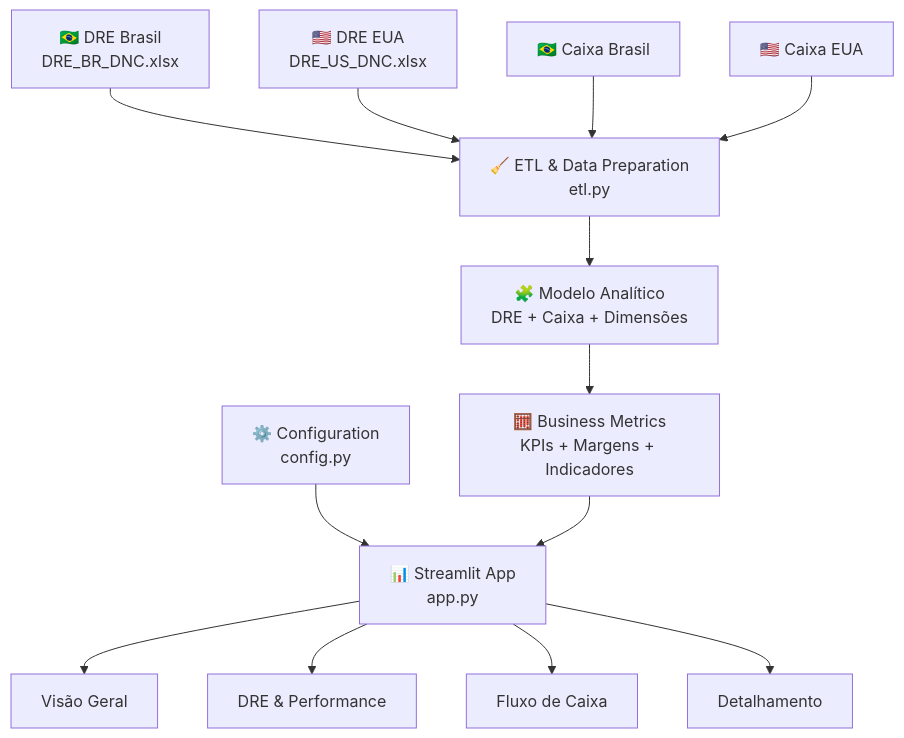
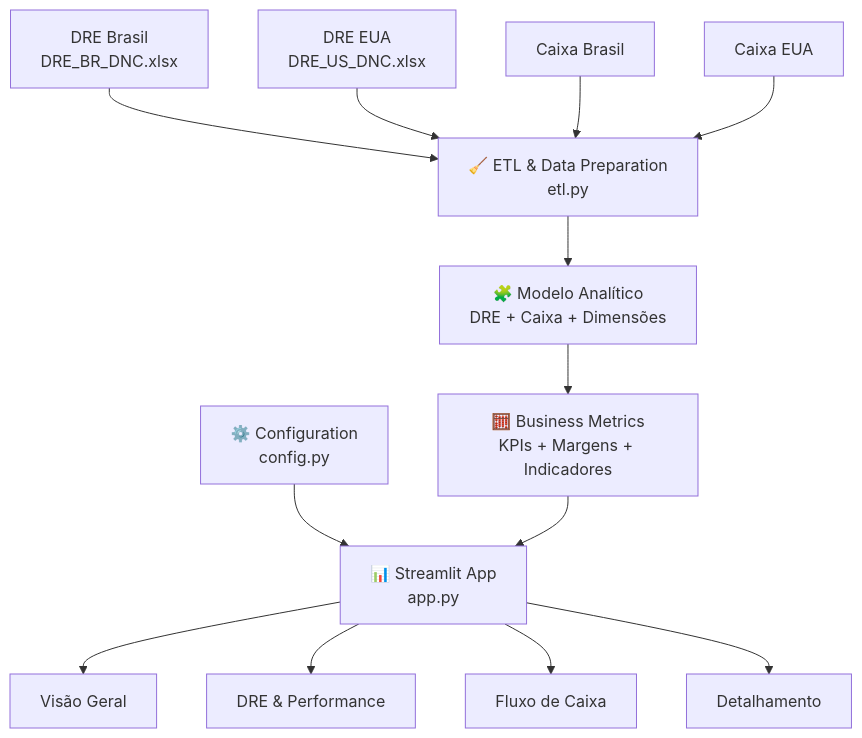
One commit to AdrianoJesusDeveloper/Dashboard_de_DRE_SG-Global_Group_DNC changed the diagram in README.md. Above: the diagram before and after it, drawn with Mermaid. The commit also changed other lines of this file, not shown here.

Commit message:
docs: padroniza nomenclatura oficial para Brasil e EUA

````diff
--- a/README.md
+++ b/README.md
@@ -127,27 +129,27 @@
 ```mermaid
 flowchart TB
-    BR["🇧🇷 DRE Brasil\nDRE_BR_DNC.xlsx"]
-    US["🇺🇸 DRE EUA\nDRE_US_DNC.xlsx"]
-    CBR["🇧🇷 Caixa Brasil"]
-    CUS["🇺🇸 Caixa EUA"]
+    BR["DRE Brasil\nDRE_BR_DNC.xlsx"]
+    US["DRE EUA\nDRE_US_DNC.xlsx"]
+    CBR["Caixa Brasil"]
+    CUS["Caixa EUA"]
 
     ETL["🧹 ETL & Data Preparation\netl.py"]
     CFG["⚙️ Configuration\nconfig.py"]
     MODEL["🧩 Modelo Analítico\nDRE + Caixa + Dimensões"]
     KPI["🧮 Business Metrics\nKPIs + Margens + Indicadores"]
     APP["📊 Streamlit App\napp.py"]
 
     BR --> ETL
     US --> ETL
     CBR --> ETL
     CUS --> ETL
     ETL --> MODEL
     MODEL --> KPI
     CFG --> APP
     KPI --> APP
 
     APP --> V1["Visão Geral"]
     APP --> V2["DRE & Performance"]
     APP --> V3["Fluxo de Caixa"]
     APP --> V4["Detalhamento"]
 ```
````
